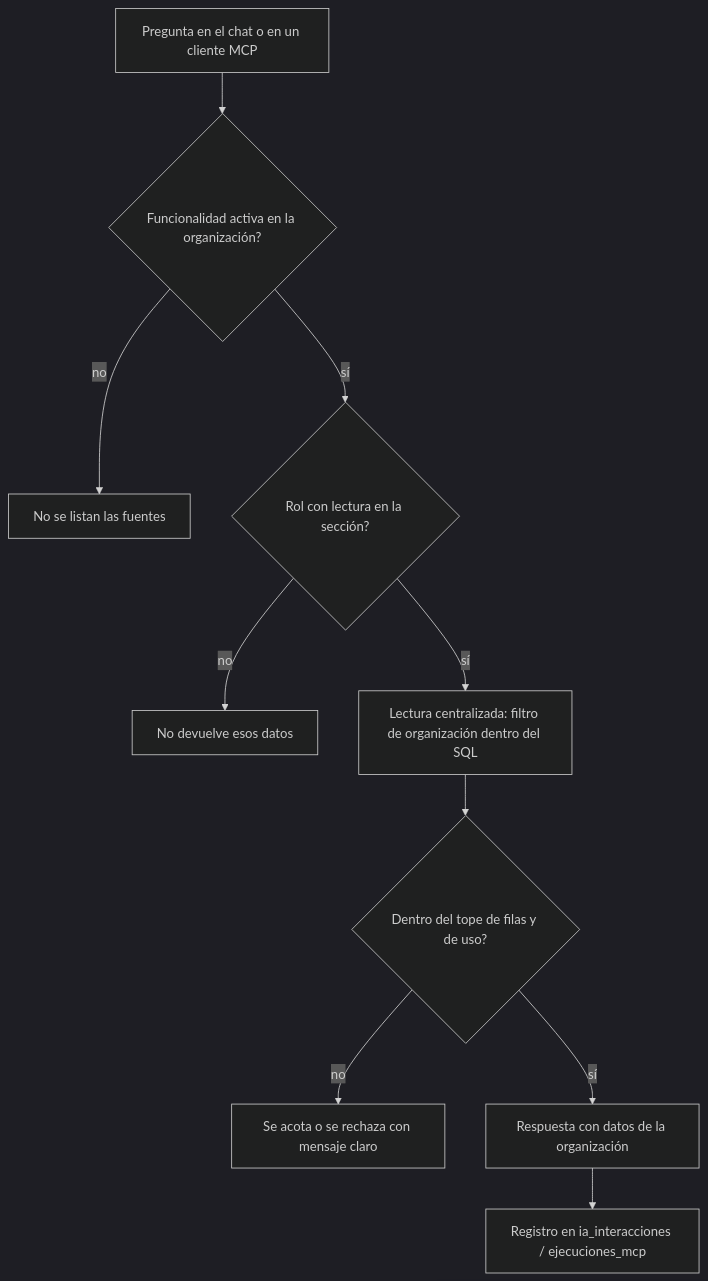
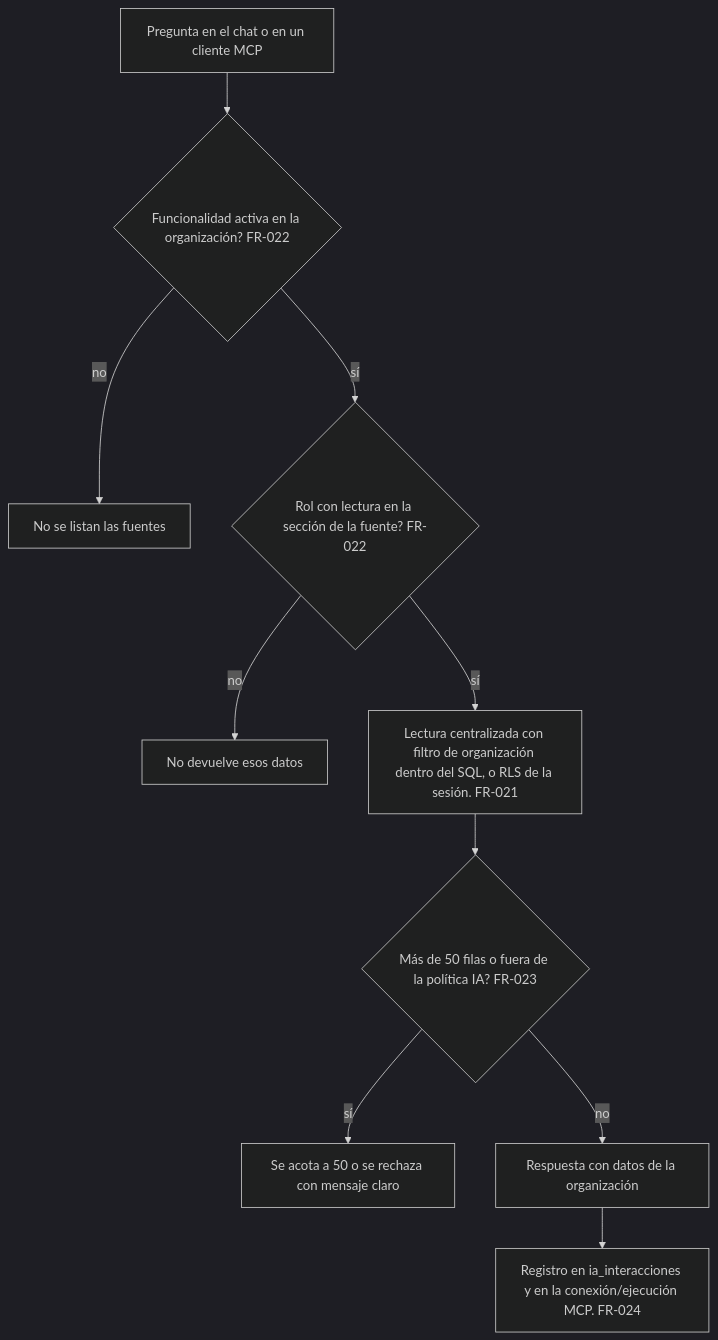
The fifth of 5 diagrams in specs/20270203-100000-api-e-asistente-con-ia/spec.md (nicolasjones/multistorefront-meli), drawn with Mermaid (dark theme) before and after one commit. The commit also changed other lines of this file and 5 other files, not shown here.

````diff
--- a/specs/20270203-100000-api-e-asistente-con-ia/spec.md
+++ b/specs/20270203-100000-api-e-asistente-con-ia/spec.md
@@ -255,12 +278,12 @@
 ```mermaid
 flowchart TD
-  A[Pregunta en el chat o en un cliente MCP] --> B{Funcionalidad activa en la organización?}
-  B -- no --> X[No se listan las fuentes] 
-  B -- sí --> C{Rol con lectura en la sección?}
+  A[Pregunta en el chat o en un cliente MCP] --> B{Funcionalidad activa en la organización? FR-022}
+  B -- no --> X[No se listan las fuentes]
+  B -- sí --> C{Rol con lectura en la sección de la fuente? FR-022}
   C -- no --> Y[No devuelve esos datos]
-  C -- sí --> D[Lectura centralizada: filtro de organización dentro del SQL]
-  D --> E{Dentro del tope de filas y de uso?}
-  E -- no --> Z[Se acota o se rechaza con mensaje claro]
-  E -- sí --> F[Respuesta con datos de la organización]
-  F --> G[Registro en ia_interacciones / ejecuciones_mcp]
+  C -- sí --> D[Lectura centralizada con filtro de organización dentro del SQL, o RLS de la sesión. FR-021]
+  D --> E{Más de 50 filas o fuera de la política IA? FR-023}
+  E -- sí --> Z[Se acota a 50 o se rechaza con mensaje claro]
+  E -- no --> F[Respuesta con datos de la organización]
+  F --> G[Registro en ia_interacciones y en la conexión/ejecución MCP. FR-024]
 ```
````
